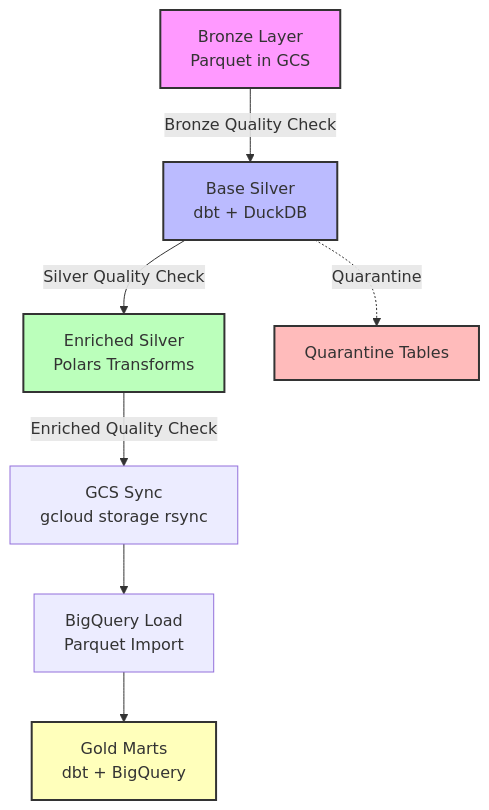
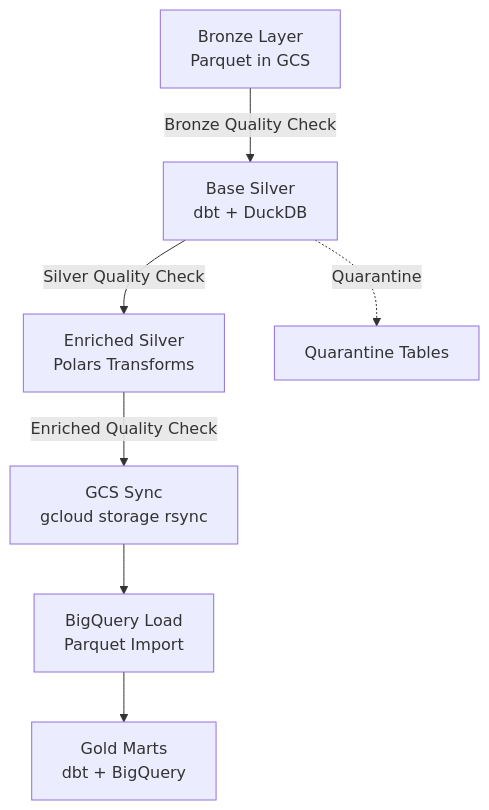
One commit to G-Schumacher44/ecom_datalake_pipelines changed the diagram in docs/resources/ARCHITECTURE.md. Above: the diagram before and after it, drawn with Mermaid. The commit also changed 3 other files, not shown here.

Commit message:
docs: update architecture and configuration strategy guides

````diff
--- a/docs/resources/ARCHITECTURE.md
+++ b/docs/resources/ARCHITECTURE.md
@@ -5,16 +5,10 @@
 ```mermaid
 graph TD
     A[Bronze Layer<br/>Parquet in GCS] -->|Bronze Quality Check| B[Base Silver<br/>dbt + DuckDB]
     B -->|Silver Quality Check| C[Enriched Silver<br/>Polars Transforms]
     C -->|Enriched Quality Check| D[GCS Sync<br/>gcloud storage rsync]
     D --> E[BigQuery Load<br/>Parquet Import]
     E --> F[Gold Marts<br/>dbt + BigQuery]
 
     B -.->|Quarantine| G[Quarantine Tables]
-
-    style A fill:#f9f,stroke:#333,stroke-width:2px
-    style B fill:#bbf,stroke:#333,stroke-width:2px
-    style C fill:#bfb,stroke:#333,stroke-width:2px
-    style F fill:#ffb,stroke:#333,stroke-width:2px
-    style G fill:#fbb,stroke:#333,stroke-width:2px
 ```
````
